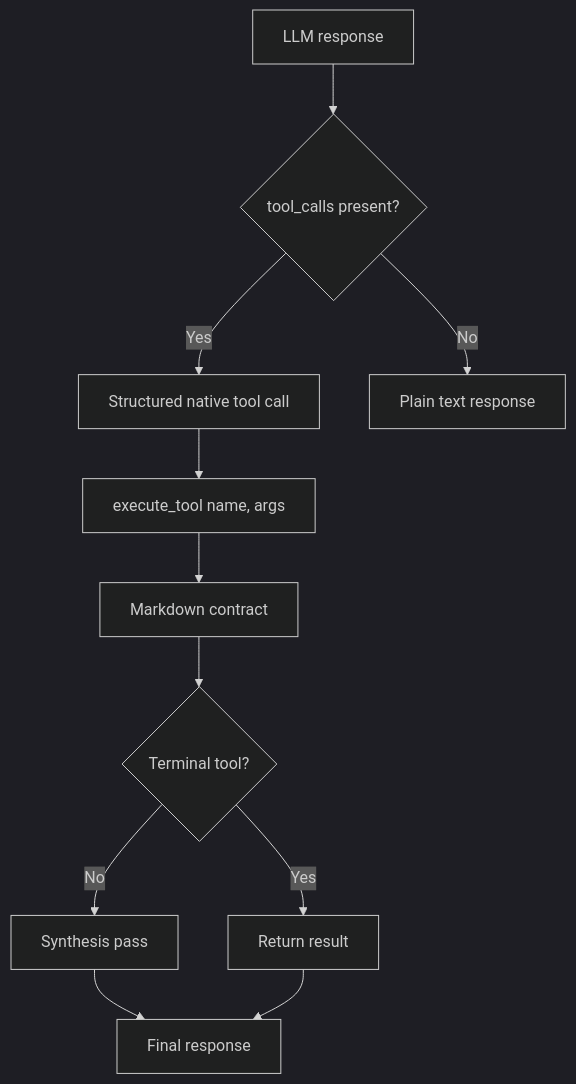
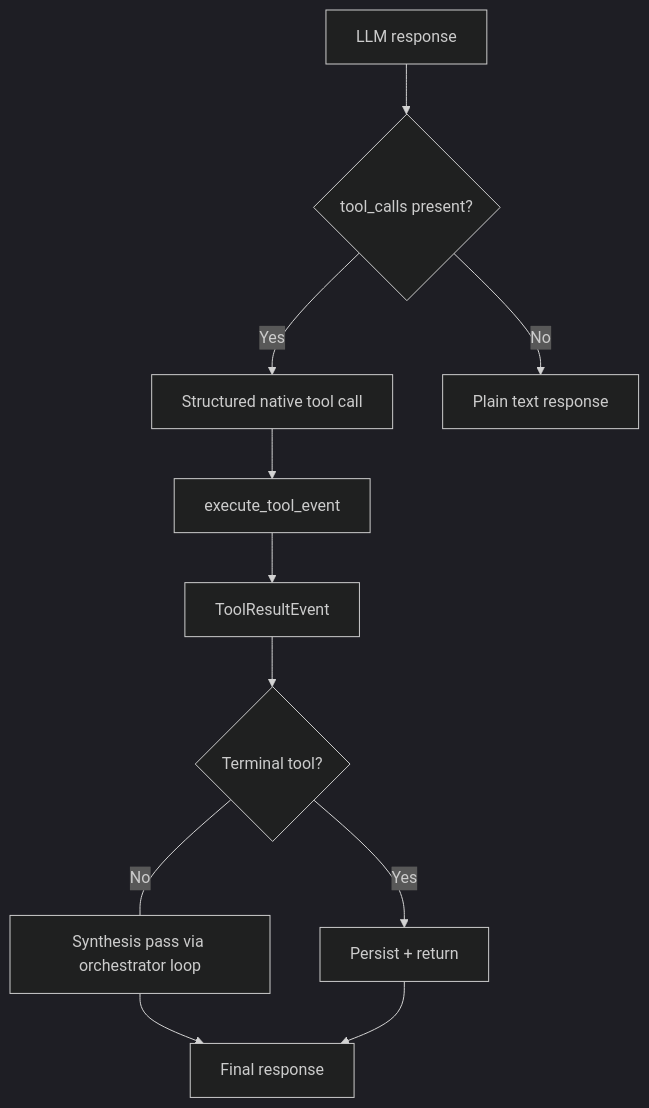
Before and after one commit to icedeyes12/yuzu-core: the third of 7 diagrams in app/README.md, drawn with Mermaid (dark theme). The commit also changed other lines of this file and 1 other file, not shown here.

````diff
--- a/app/README.md
+++ b/app/README.md
@@ -412,13 +301,13 @@
 ```mermaid
 flowchart TD
     A[LLM response] --> B{tool_calls present?}
     B -->|Yes| C[Structured native tool call]
     B -->|No| F[Plain text response]
-    C --> G[execute_tool name, args]
-    G --> H[Markdown contract]
+    C --> G[execute_tool_event]
+    G --> H[ToolResultEvent]
     H --> I{Terminal tool?}
-    I -->|Yes| J[Return result]
-    I -->|No| K[Synthesis pass]
+    I -->|Yes| J[Persist + return]
+    I---|No| K[Synthesis pass via orchestrator loop]
     K --> L[Final response]
     J --> L
 ```
````
